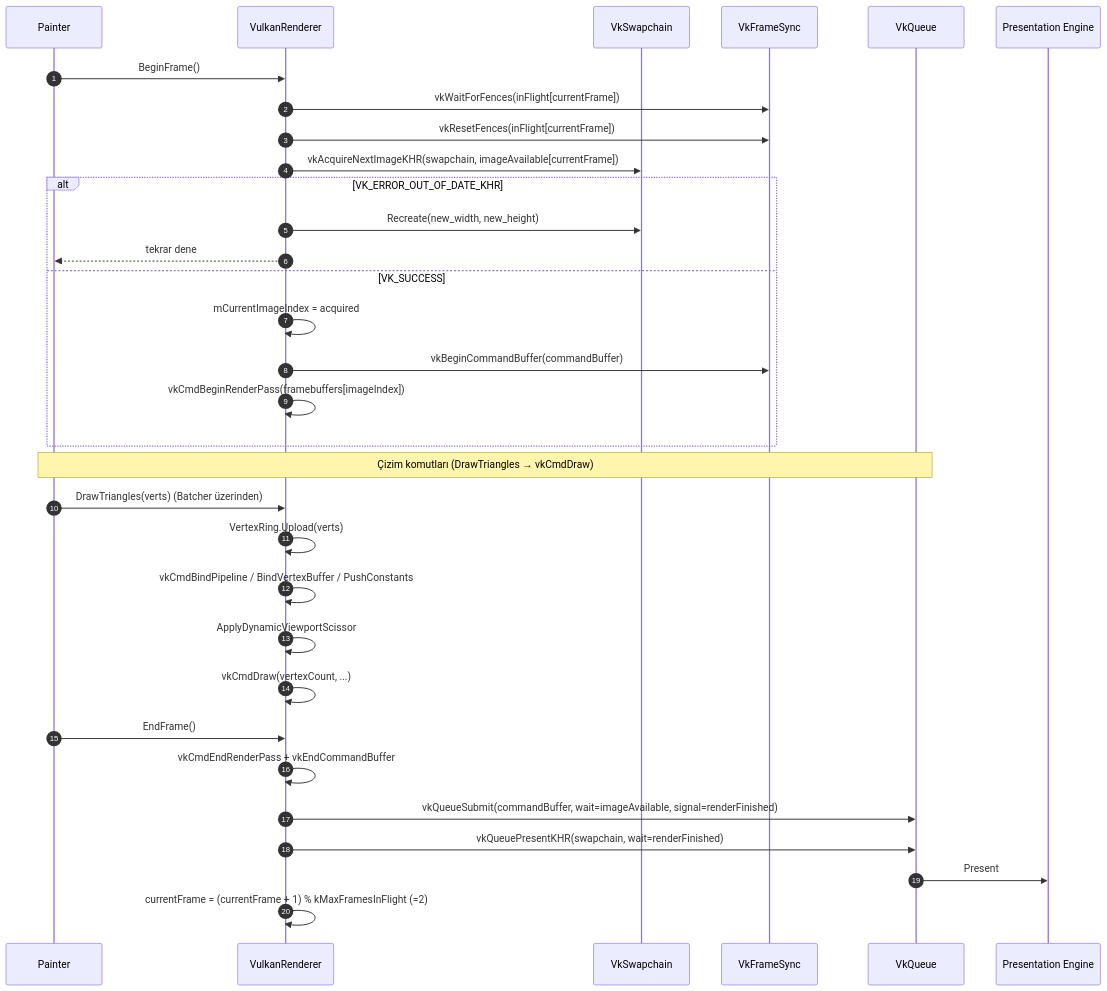
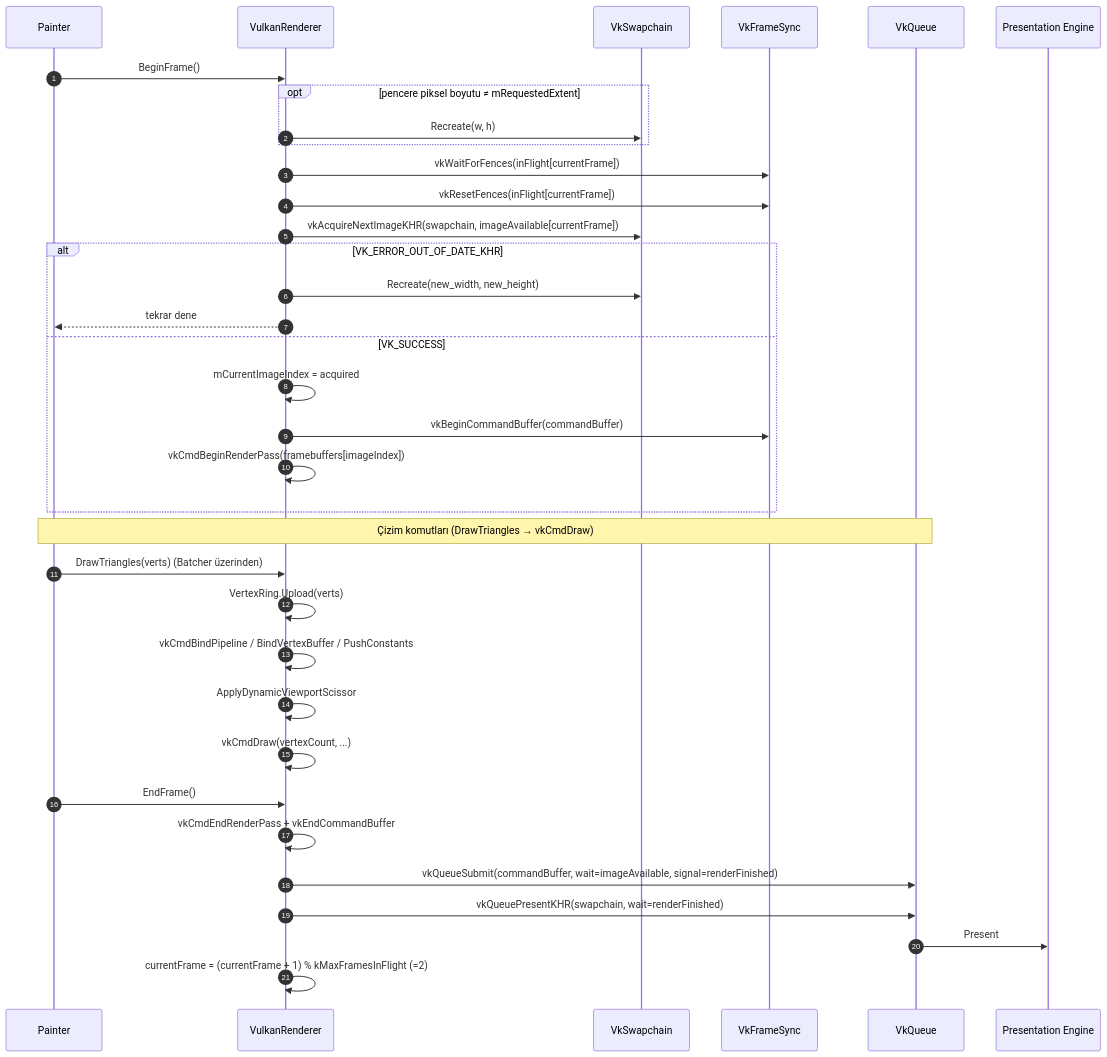
Before and after one commit to yazilimperver/sdl-painter: the ninth of 13 diagrams in doc/akislar.md, drawn with Mermaid. The commit also changed other lines of this file and 30 other files, not shown here.

````diff
--- a/doc/akislar.md
+++ b/doc/akislar.md
@@ -337,38 +337,41 @@
 ```mermaid
 sequenceDiagram
     autonumber
     participant P as Painter
     participant VR as VulkanRenderer
     participant SC as VkSwapchain
     participant FS as VkFrameSync
     participant Q as VkQueue
     participant Pres as Presentation Engine
 
     P->>VR: BeginFrame()
+    opt pencere piksel boyutu ≠ mRequestedExtent
+        VR->>SC: Recreate(w, h)
+    end
     VR->>FS: vkWaitForFences(inFlight[currentFrame])
     VR->>FS: vkResetFences(inFlight[currentFrame])
     VR->>SC: vkAcquireNextImageKHR(swapchain, imageAvailable[currentFrame])
 
     alt VK_ERROR_OUT_OF_DATE_KHR
         VR->>SC: Recreate(new_width, new_height)
         VR-->>P: tekrar dene
     else VK_SUCCESS
         VR->>VR: mCurrentImageIndex = acquired
         VR->>FS: vkBeginCommandBuffer(commandBuffer)
         VR->>VR: vkCmdBeginRenderPass(framebuffers[imageIndex])
     end
 
     Note over P,Q: Çizim komutları (DrawTriangles → vkCmdDraw)
     P->>VR: DrawTriangles(verts) (Batcher üzerinden)
     VR->>VR: VertexRing.Upload(verts)
     VR->>VR: vkCmdBindPipeline / BindVertexBuffer / PushConstants
     VR->>VR: ApplyDynamicViewportScissor
     VR->>VR: vkCmdDraw(vertexCount, ...)
 
     P->>VR: EndFrame()
     VR->>VR: vkCmdEndRenderPass + vkEndCommandBuffer
     VR->>Q: vkQueueSubmit(commandBuffer, wait=imageAvailable, signal=renderFinished)
     VR->>Q: vkQueuePresentKHR(swapchain, wait=renderFinished)
     Q->>Pres: Present
     VR->>VR: currentFrame = (currentFrame + 1) % kMaxFramesInFlight (=2)
 ```
````
